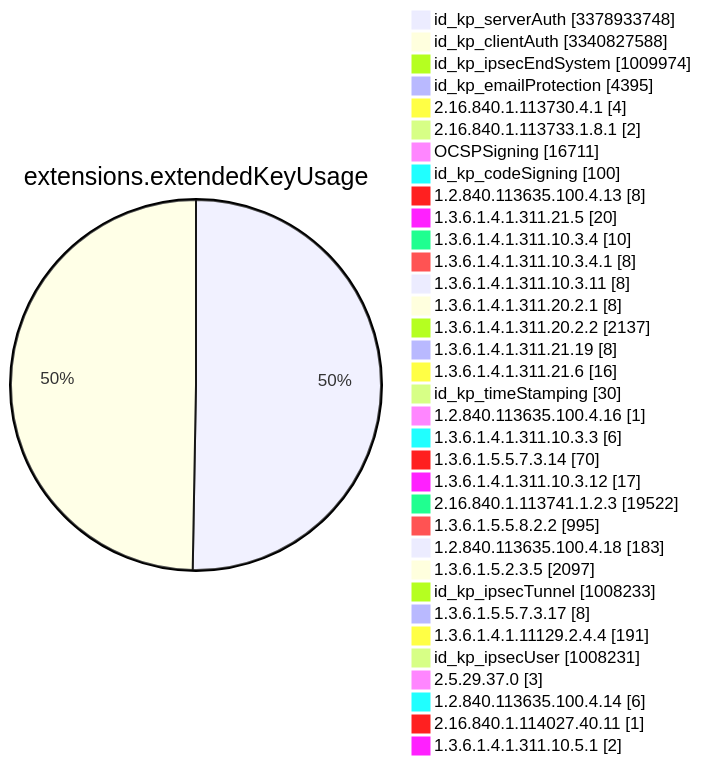
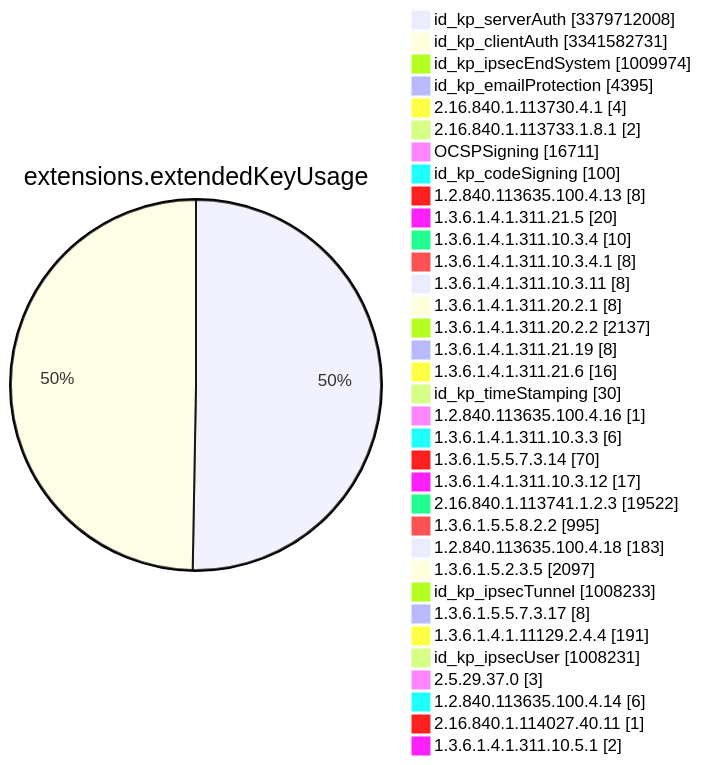
Diagram 11 of 15 in TOTAL/README.md (christiankrug/ctmonitor_visualization), drawn with Mermaid before and after one commit. The commit also changed other lines of this file, not shown here.

````diff
--- a/TOTAL/README.md
+++ b/TOTAL/README.md
@@ -4120,38 +4120,38 @@
 ```mermaid
 pie showData
 title extensions.extendedKeyUsage
-"id_kp_serverAuth" :3378933748
-"id_kp_clientAuth" :3340827588
+"id_kp_serverAuth" :3379712008
+"id_kp_clientAuth" :3341582731
 "id_kp_ipsecEndSystem" :1009974
 "id_kp_emailProtection" :4395
 "2.16.840.1.113730.4.1" :4
 "2.16.840.1.113733.1.8.1" :2
 "OCSPSigning" :16711
 "id_kp_codeSigning" :100
 "1.2.840.113635.100.4.13" :8
 "1.3.6.1.4.1.311.21.5" :20
 "1.3.6.1.4.1.311.10.3.4" :10
 "1.3.6.1.4.1.311.10.3.4.1" :8
 "1.3.6.1.4.1.311.10.3.11" :8
 "1.3.6.1.4.1.311.20.2.1" :8
 "1.3.6.1.4.1.311.20.2.2" :2137
 "1.3.6.1.4.1.311.21.19" :8
 "1.3.6.1.4.1.311.21.6" :16
 "id_kp_timeStamping" :30
 "1.2.840.113635.100.4.16" :1
 "1.3.6.1.4.1.311.10.3.3" :6
 "1.3.6.1.5.5.7.3.14" :70
 "1.3.6.1.4.1.311.10.3.12" :17
 "2.16.840.1.113741.1.2.3" :19522
 "1.3.6.1.5.5.8.2.2" :995
 "1.2.840.113635.100.4.18" :183
 "1.3.6.1.5.2.3.5" :2097
 "id_kp_ipsecTunnel" :1008233
 "1.3.6.1.5.5.7.3.17" :8
 "1.3.6.1.4.1.11129.2.4.4" :191
 "id_kp_ipsecUser" :1008231
 "2.5.29.37.0" :3
 "1.2.840.113635.100.4.14" :6
 "2.16.840.1.114027.40.11" :1
 "1.3.6.1.4.1.311.10.5.1" :2
 ```
````
